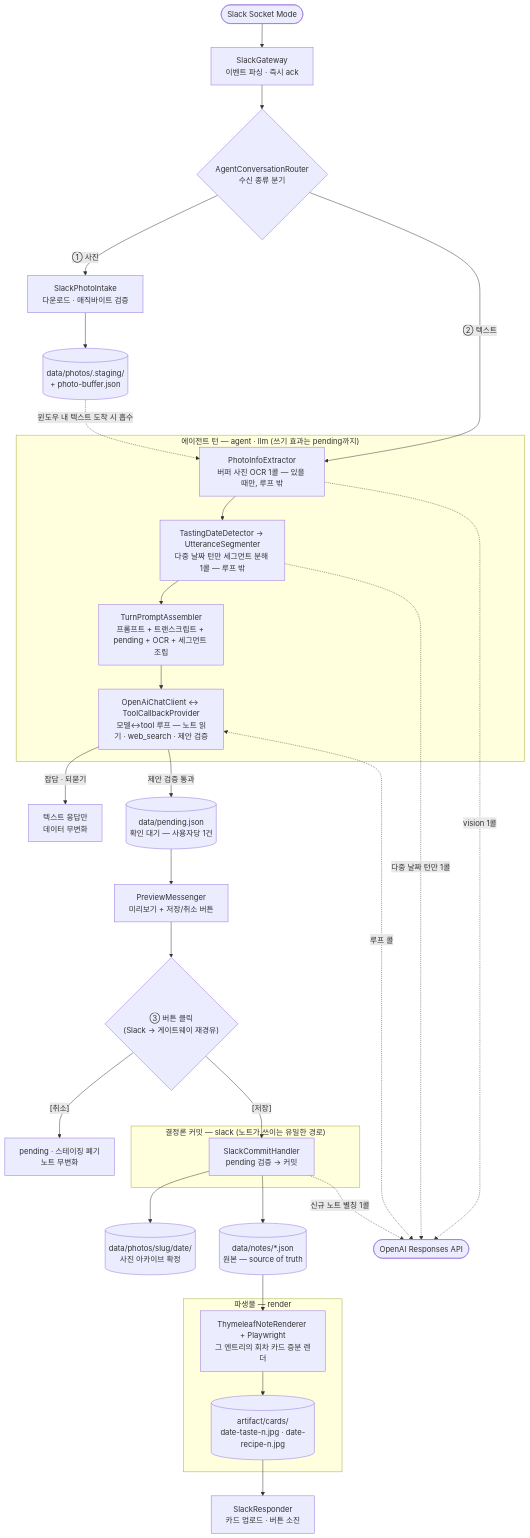
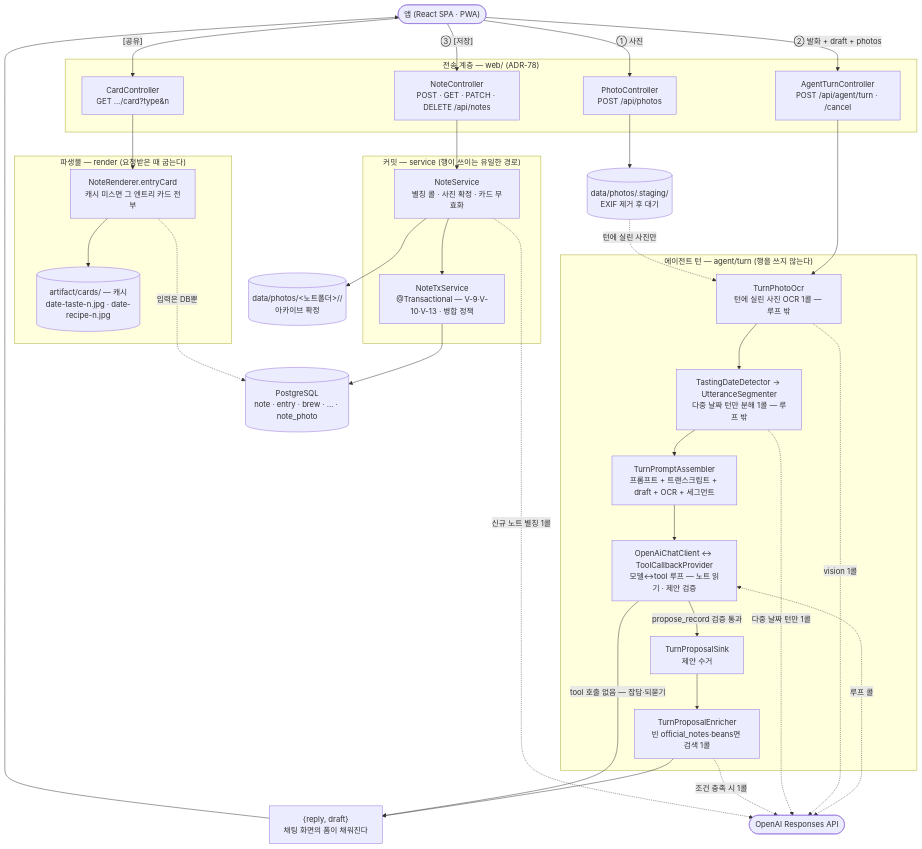
The first of 9 diagrams in docs/architecture-classes-and-flows.md (devwuu/mocha), drawn with Mermaid before and after one commit. The commit also changed other lines of this file and 1 other file, not shown here.

````diff
--- a/docs/architecture-classes-and-flows.md
+++ b/docs/architecture-classes-and-flows.md
@@ -101,53 +103,55 @@
 ```mermaid
 flowchart TB
-    SLACK(["Slack Socket Mode"])
+    APP(["앱 (React SPA · PWA)"])
     OPENAI(["OpenAI Responses API"])
-    GW["SlackGateway<br/>이벤트 파싱 · 즉시 ack"]
-    ROUTER{"AgentConversationRouter<br/>수신 종류 분기"}
-    INTAKE["SlackPhotoIntake<br/>다운로드 · 매직바이트 검증"]
-    STAGING[("data/photos/.staging/<br/>+ photo-buffer.json")]
 
-    subgraph TURN["에이전트 턴 — agent · llm (쓰기 효과는 pending까지)"]
-        OCR["PhotoInfoExtractor<br/>버퍼 사진 OCR 1콜 — 있을 때만, 루프 밖"]
-        SEG["TastingDateDetector → UtteranceSegmenter<br/>다중 날짜 턴만 세그먼트 분해 1콜 — 루프 밖"]
-        ASM["TurnPromptAssembler<br/>프롬프트 + 트랜스크립트 + pending + OCR + 세그먼트 조립"]
-        LOOP["OpenAiChatClient ↔ ToolCallbackProvider<br/>모델↔tool 루프 — 노트 읽기 · web_search · 제안 검증"]
+    subgraph WEB["전송 계층 — web/ (ADR-78)"]
+        PHOTOC["PhotoController<br/>POST /api/photos"]
+        TURNC["AgentTurnController<br/>POST /api/agent/turn · /cancel"]
+        NOTEC["NoteController<br/>POST · GET · PATCH · DELETE /api/notes"]
+        CARDC["CardController<br/>GET …/card?type&n"]
     end
 
-    TEXTONLY["텍스트 응답만<br/>데이터 무변화"]
-    PENDING[("data/pending.json<br/>확인 대기 — 사용자당 1건")]
-    PREVIEW["PreviewMessenger<br/>미리보기 + 저장/취소 버튼"]
-    BTN{"③ 버튼 클릭<br/>(Slack → 게이트웨이 재경유)"}
-    CANCEL["pending · 스테이징 폐기<br/>노트 무변화"]
+    STAGING[("data/photos/.staging/<br/>EXIF 제거 후 대기")]
 
-    subgraph COMMITG["결정론 커밋 — slack (노트가 쓰이는 유일한 경로)"]
-        COMMIT["SlackCommitHandler<br/>pending 검증 → 커밋"]
+    subgraph TURN["에이전트 턴 — agent/turn (행을 쓰지 않는다)"]
+        OCR["TurnPhotoOcr<br/>턴에 실린 사진 OCR 1콜 — 루프 밖"]
+        SEG["TastingDateDetector → UtteranceSegmenter<br/>다중 날짜 턴만 분해 1콜 — 루프 밖"]
+        ASM["TurnPromptAssembler<br/>프롬프트 + 트랜스크립트 + draft + OCR + 세그먼트"]
+        LOOP["OpenAiChatClient ↔ ToolCallbackProvider<br/>모델↔tool 루프 — 노트 읽기 · 제안 검증"]
+        SINK["TurnProposalSink<br/>제안 수거"]
+        ENRICH["TurnProposalEnricher<br/>빈 official_notes·beans면 검색 1콜"]
     end
 
-    ARCHIVE[("data/photos/slug/date/<br/>사진 아카이브 확정")]
-    NOTES[("data/notes/*.json<br/>원본 — source of truth")]
+    FORM["{reply, draft}<br/>채팅 화면의 폼이 채워진다"]
 
-    subgraph REN["파생물 — render"]
-        RENDER["ThymeleafNoteRenderer + Playwright<br/>그 엔트리의 회차 카드 증분 렌더"]
-        CARDS[("artifact/cards/<br/>date-taste-n.jpg · date-recipe-n.jpg")]
+    subgraph COMMITG["커밋 — service (행이 쓰이는 유일한 경로)"]
+        SVC["NoteService<br/>별칭 콜 · 사진 확정 · 카드 무효화"]
+        TX["NoteTxService<br/>@Transactional — V-9·V-10·V-13 · 병합 정책"]
     end
 
-    DONE["SlackResponder<br/>카드 업로드 · 버튼 소진"]
+    DB[("PostgreSQL<br/>note · entry · brew · … · note_photo")]
+    ARCHIVE[("data/photos/<노트폴더>/<date>/<br/>아카이브 확정")]
 
-    SLACK --> GW --> ROUTER
-    ROUTER -->|"① 사진"| INTAKE --> STAGING
-    ROUTER -->|"② 텍스트"| OCR
-    STAGING -.->|"윈도우 내 텍스트 도착 시 흡수"| OCR
-    OCR --> SEG --> ASM --> LOOP
-    LOOP -->|"잡담 · 되묻기"| TEXTONLY
-    LOOP -->|"제안 검증 통과"| PENDING --> PREVIEW --> BTN
-    BTN -->|"[취소]"| CANCEL
-    BTN -->|"[저장]"| COMMIT
-    COMMIT --> ARCHIVE
-    COMMIT --> NOTES --> RENDER --> CARDS --> DONE
+    subgraph REN["파생물 — render (요청받은 때 굽는다)"]
+        RENDER["NoteRenderer.entryCard<br/>캐시 미스면 그 엔트리 카드 전부"]
+        CARDS[("artifact/cards/ — 캐시<br/>date-taste-n.jpg · date-recipe-n.jpg")]
+    end
+
+    APP -->|"① 사진"| PHOTOC --> STAGING
+    APP -->|"② 발화 + draft + photos"| TURNC --> OCR --> SEG --> ASM --> LOOP
+    STAGING -.->|"턴에 실린 사진만"| OCR
+    LOOP -->|"propose_record 검증 통과"| SINK --> ENRICH --> FORM
+    LOOP -->|"tool 호출 없음 — 잡담·되묻기"| FORM
+    FORM --> APP
+    APP -->|"③ [저장]"| NOTEC --> SVC --> TX --> DB
+    SVC --> ARCHIVE
+    APP -->|"[공유]"| CARDC --> RENDER --> CARDS
+    RENDER -.->|"입력은 DB뿐"| DB
 
     LOOP <-.->|"루프 콜"| OPENAI
     OCR -.->|"vision 1콜"| OPENAI
     SEG -.->|"다중 날짜 턴만 1콜"| OPENAI
-    COMMIT -.->|"신규 노트 별칭 1콜"| OPENAI
+    ENRICH -.->|"조건 충족 시 1콜"| OPENAI
+    SVC -.->|"신규 노트 별칭 1콜"| OPENAI
 ```
````
